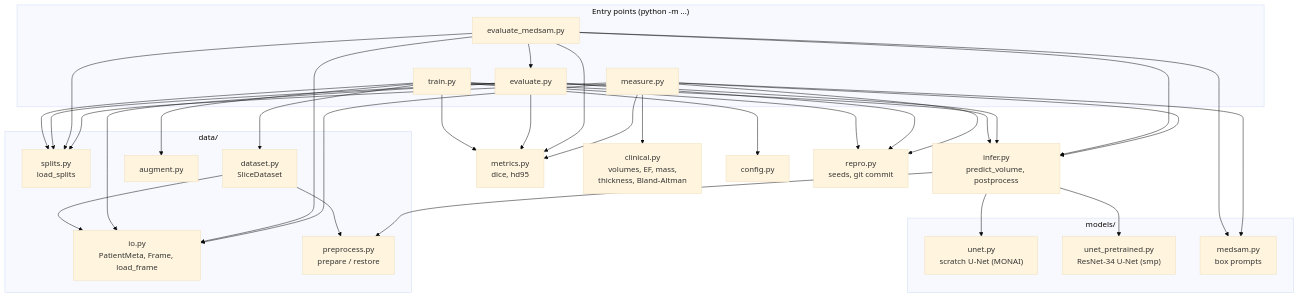
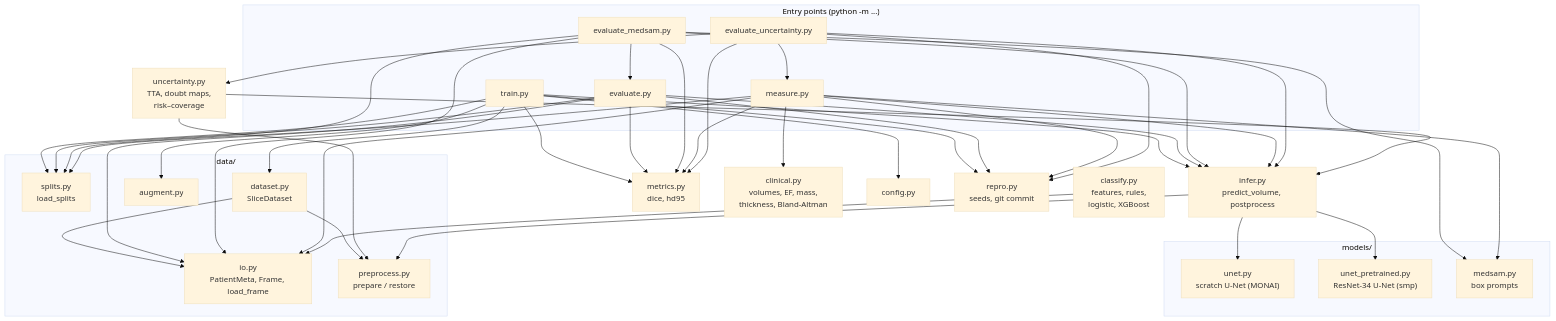
Before and after one commit to praneethnarayanan2002-lab/cardiac-mri-analyzer: the second of 4 diagrams in docs/architecture.md, drawn with Mermaid (base theme). The commit also changed other lines of this file and 2 other files, not shown here.

Commit message:
Explain boosting, SHAP and uncertainty, and record Phase 5 decisions

````diff
--- a/docs/architecture.md
+++ b/docs/architecture.md
@@ -29,32 +29,38 @@
 ```mermaid
 flowchart TD
     subgraph CLI["Entry points (python -m ...)"]
         TR["train.py"]
         EV["evaluate.py"]
         EM["evaluate_medsam.py"]
         ME["measure.py"]
+        EU["evaluate_uncertainty.py"]
     end
     subgraph Data["data/"]
         IO["io.py<br/>PatientMeta, Frame, load_frame"]
         SP["splits.py<br/>load_splits"]
         PP["preprocess.py<br/>prepare / restore"]
         DS["dataset.py<br/>SliceDataset"]
         AU["augment.py"]
     end
     subgraph Models["models/"]
         UN["unet.py<br/>scratch U-Net (MONAI)"]
         UP["unet_pretrained.py<br/>ResNet-34 U-Net (smp)"]
         MS["medsam.py<br/>box prompts"]
     end
     INF["infer.py<br/>predict_volume, postprocess"]
     MET["metrics.py<br/>dice, hd95"]
     CL["clinical.py<br/>volumes, EF, mass,<br/>thickness, Bland-Altman"]
+    CLS["classify.py<br/>features, rules,<br/>logistic, XGBoost"]
+    UNC["uncertainty.py<br/>TTA, doubt maps,<br/>risk–coverage"]
     CFG["config.py"]
     REP["repro.py<br/>seeds, git commit"]
     TR --> CFG & DS & AU & SP & INF & MET & REP
     DS --> IO & PP
     EV --> INF & MET & SP & IO & REP
     EM --> MS & INF & MET & SP & IO & EV
     ME --> CL & INF & MS & MET & SP & IO & REP
+    EU --> UNC & INF & MET & ME & REP
+    UNC --> PP & INF
+    CLS --> IO
     INF --> PP & UN & UP
 ```
````
